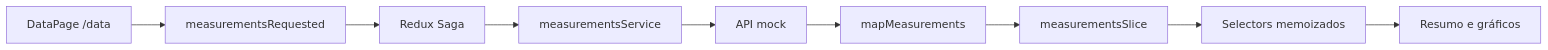
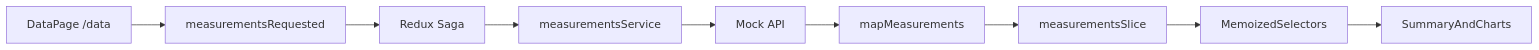
The diagram in docs/sketch.md (dynamox-s-a/developer-challenges), drawn with Mermaid before and after one commit. The commit also changed other lines of this file and 9 other files, not shown here.

````diff
--- a/docs/sketch.md
+++ b/docs/sketch.md
@@ -117,11 +117,11 @@
 ```mermaid
 flowchart LR
     DataPage["DataPage /data"] --> Requested[measurementsRequested]
     Requested --> Saga[Redux Saga]
     Saga --> Service[measurementsService]
-    Service --> Api[API mock]
+    Service --> Api[Mock API]
     Api --> Mapper[mapMeasurements]
     Mapper --> Slice[measurementsSlice]
-    Slice --> Selectors[Selectors memoizados]
-    Selectors --> View[Resumo e gráficos]
+    Slice --> Selectors[MemoizedSelectors]
+    Selectors --> View[SummaryAndCharts]
 ```
````
